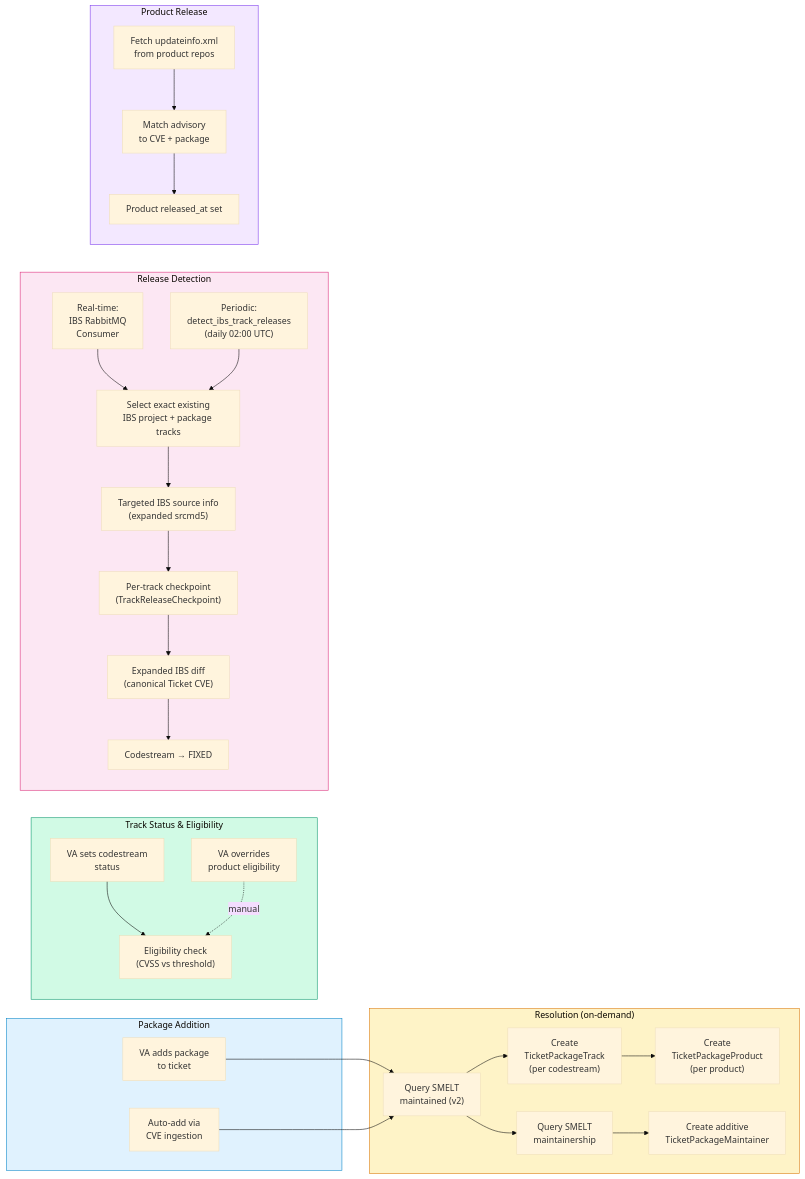
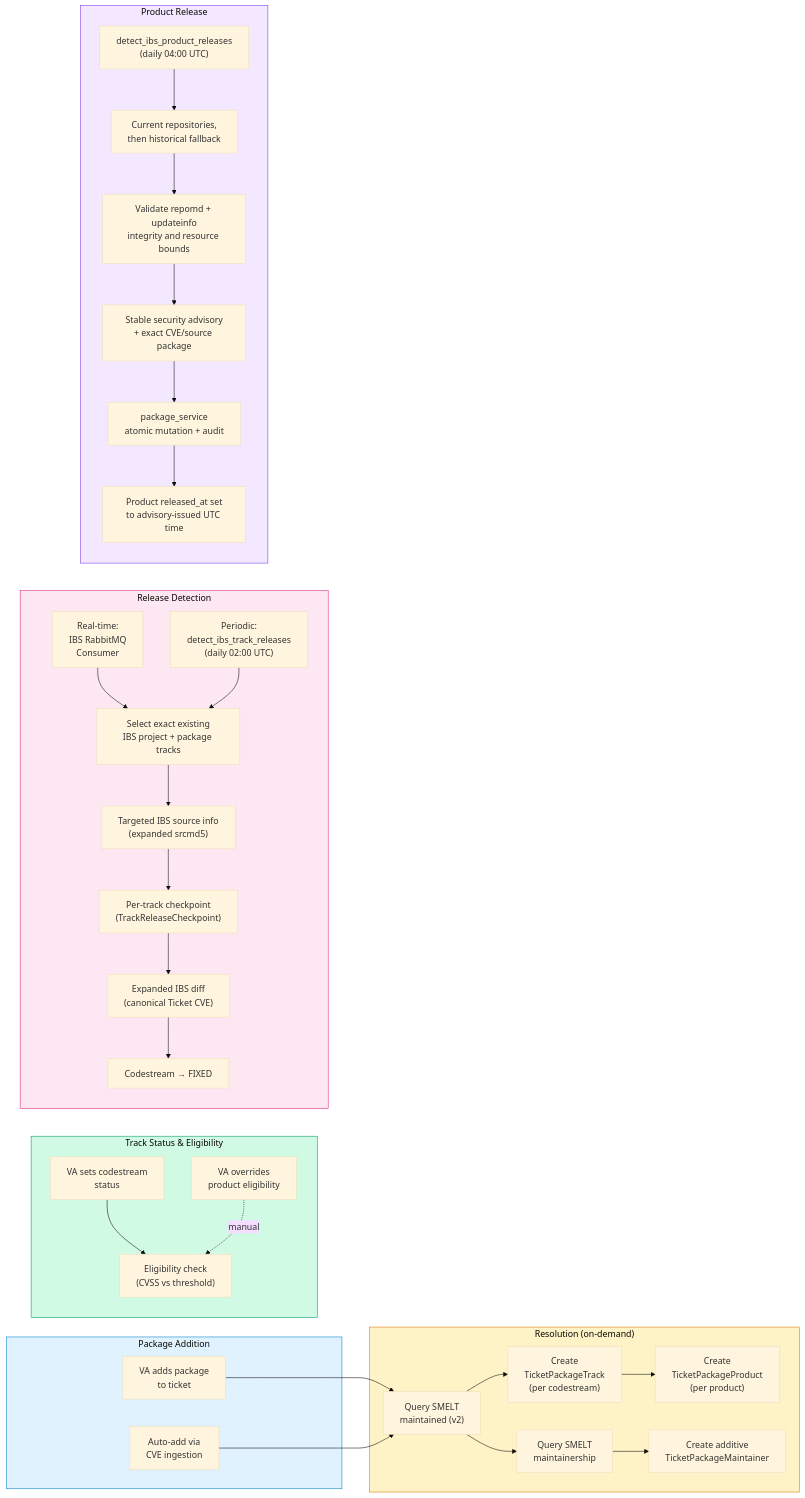
The fourth of 7 diagrams in docs/system-map.md (StayPirate/STAMP), drawn with Mermaid (base theme) before and after one commit. The commit also changed other lines of this file and 17 other files, not shown here.

Commit message:
docs: complete IBS Product release detection contract

````diff
--- a/docs/system-map.md
+++ b/docs/system-map.md
@@ -483,61 +484,64 @@
 ```mermaid
 flowchart LR
     subgraph add_pkg["Package Addition"]
         VA_ADD["VA adds package<br/>to ticket"]
         CPE_MATCH["Auto-add via<br/>CVE ingestion"]
     end
 
     subgraph resolve["Resolution (on-demand)"]
         SMELT_Q["Query SMELT<br/>maintained (v2)"]
         SMELT_M["Query SMELT<br/>maintainership"]
         CREATE_CS["Create<br/>TicketPackageTrack<br/>(per codestream)"]
         CREATE_PR["Create<br/>TicketPackageProduct<br/>(per product)"]
         CREATE_PM["Create additive<br/>TicketPackageMaintainer"]
     end
 
     subgraph status["Track Status & Eligibility"]
         VA_SET["VA sets codestream<br/>status"]
         ELIG["Eligibility check<br/>(CVSS vs threshold)"]
         ELIG_OVR["VA overrides<br/>product eligibility"]
     end
 
     subgraph release["Release Detection"]
         direction TB
         RT["Real-time:<br/>IBS RabbitMQ<br/>Consumer"]
         PERIODIC["Periodic:<br/>detect_ibs_track_releases<br/>(daily 02:00 UTC)"]
         SELECT["Select exact existing<br/>IBS project + package tracks"]
         INFO["Targeted IBS source info<br/>(expanded srcmd5)"]
         CHECKPOINT["Per-track checkpoint<br/>(TrackReleaseCheckpoint)"]
         DIFF["Expanded IBS diff<br/>(canonical Ticket CVE)"]
         CS_REL["Codestream → FIXED"]
 
         RT --> SELECT
         PERIODIC --> SELECT
         SELECT --> INFO
         INFO --> CHECKPOINT
         CHECKPOINT --> DIFF
         DIFF --> CS_REL
     end
 
     subgraph prod_release["Product Release"]
-        UINFO["Fetch updateinfo.xml<br/>from product repos"]
-        MATCH["Match advisory<br/>to CVE + package"]
-        PR_REL["Product released_at set"]
+        PROD_PERIODIC["detect_ibs_product_releases<br/>(daily 04:00 UTC)"]
+        REPOS["Current repositories,<br/>then historical fallback"]
+        UINFO["Validate repomd + updateinfo<br/>integrity and resource bounds"]
+        MATCH["Stable security advisory<br/>+ exact CVE/source package"]
+        PKG_SVC["package_service<br/>atomic mutation + audit"]
+        PR_REL["Product released_at set<br/>to advisory-issued UTC time"]
 
-        UINFO --> MATCH --> PR_REL
+        PROD_PERIODIC --> REPOS --> UINFO --> MATCH --> PKG_SVC --> PR_REL
     end
 
     VA_ADD --> SMELT_Q
     CPE_MATCH --> SMELT_Q
     SMELT_Q --> CREATE_CS --> CREATE_PR
     SMELT_Q --> SMELT_M --> CREATE_PM
 
     VA_SET --> ELIG
     ELIG_OVR -.->|manual| ELIG
 
     style add_pkg fill:#e0f2fe,stroke:#0284c7
     style resolve fill:#fef3c7,stroke:#d97706
     style status fill:#d1fae5,stroke:#059669
     style release fill:#fce7f3,stroke:#db2777
     style prod_release fill:#f3e8ff,stroke:#7c3aed
 ```
````
